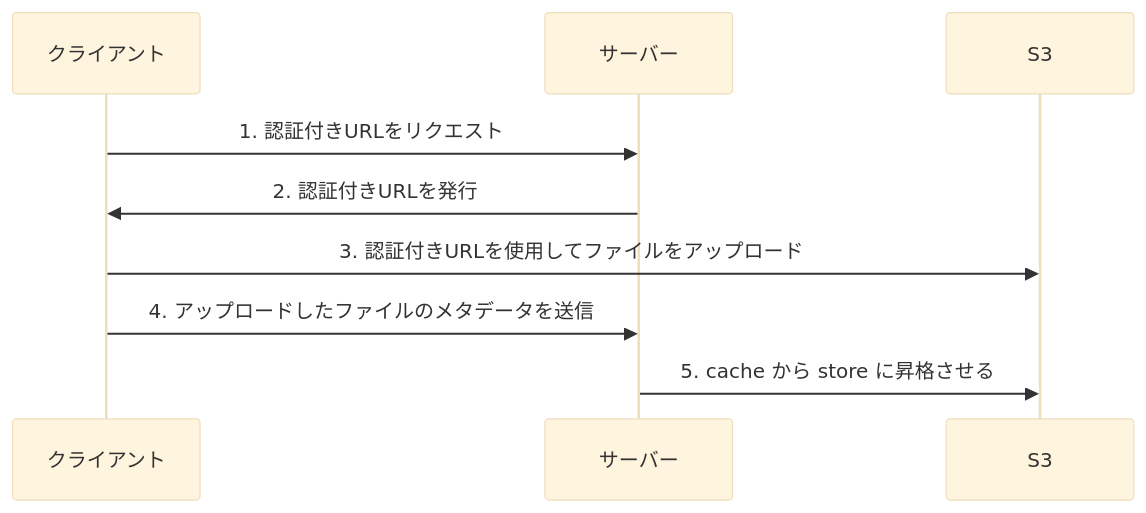
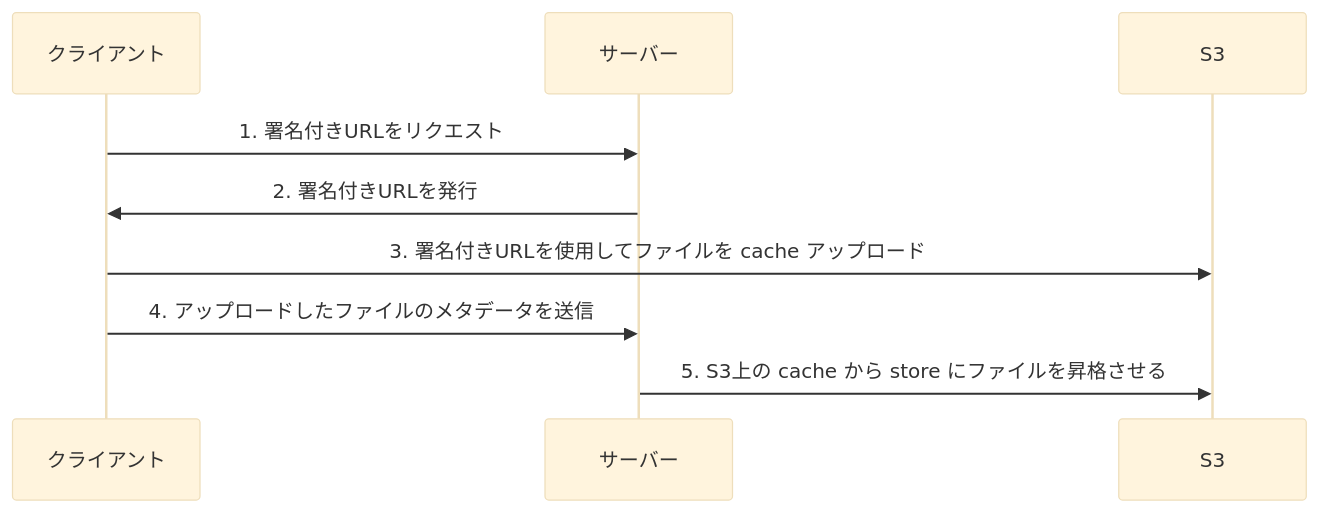
Before and after one commit to MorrisFreeman/direct-upload-demo: the diagram in README.md, drawn with Mermaid (base theme). The commit also changed other lines of this file and 3 other files, not shown here.

````diff
--- a/README.md
+++ b/README.md
@@ -3,12 +3,12 @@
 ```mermaid
 sequenceDiagram
     participant Client as クライアント
     participant Server as サーバー
     participant S3 as S3
 
-    Client->>Server: 1. 認証付きURLをリクエスト
-    Server->>Client: 2. 認証付きURLを発行
-    Client->>S3: 3. 認証付きURLを使用してファイルをアップロード
+    Client->>Server: 1. 署名付きURLをリクエスト
+    Server->>Client: 2. 署名付きURLを発行
+    Client->>S3: 3. 署名付きURLを使用してファイルを cache アップロード
     Client->>Server: 4. アップロードしたファイルのメタデータを送信
-    Server->>S3: 5. cache から store に昇格させる
+    Server->>S3: 5. S3上の cache から store にファイルを昇格させる
 ```
````
